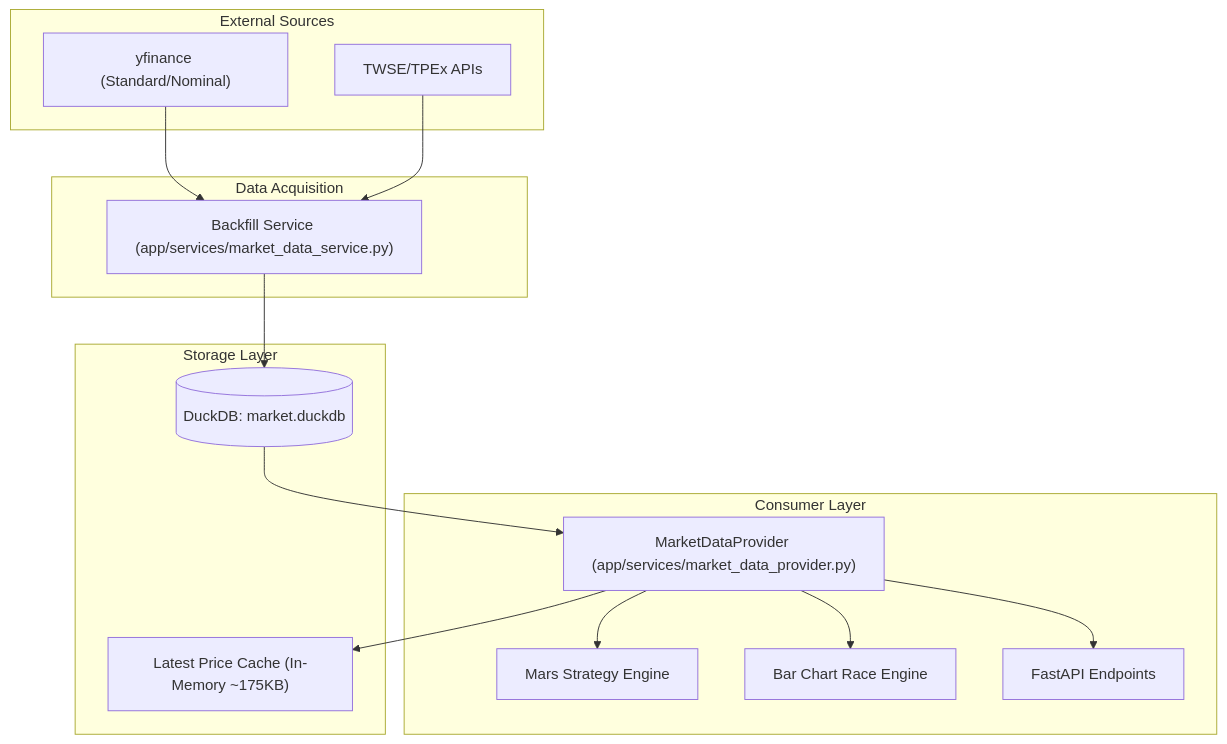
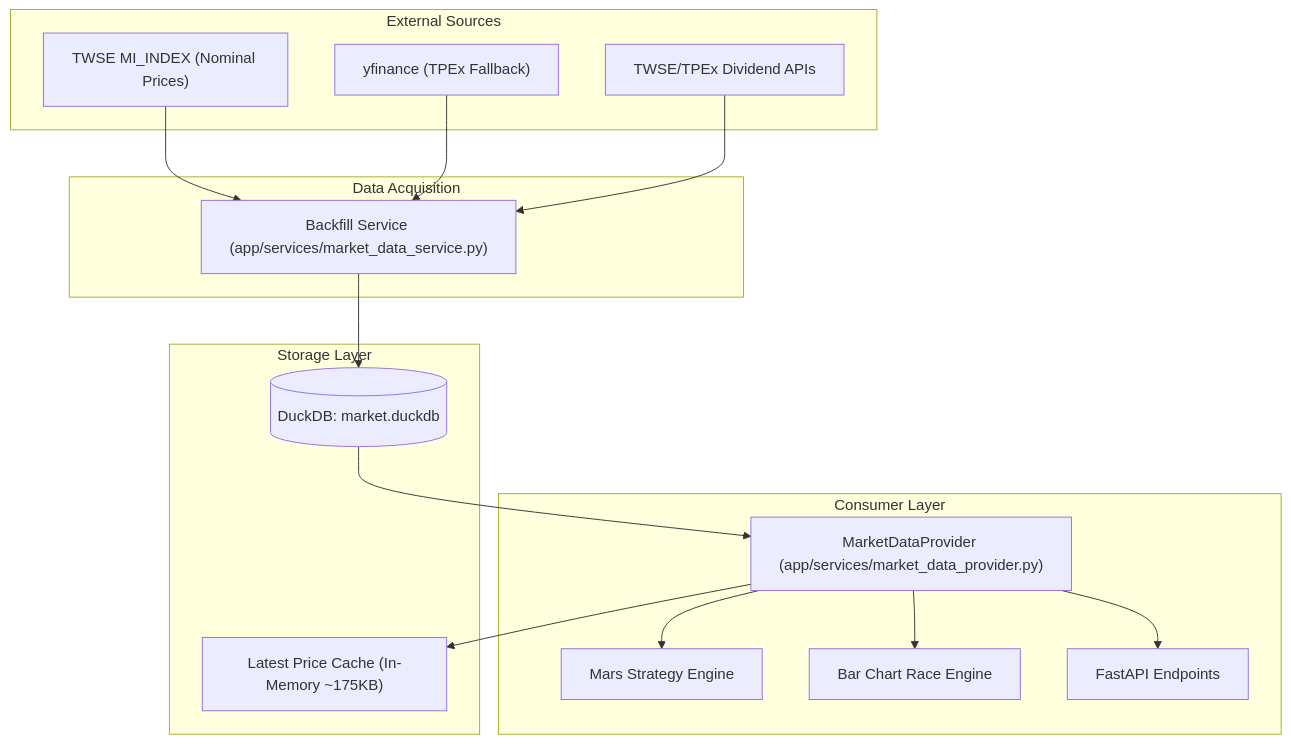
One commit to terranandes/marffet-app changed the diagram in docs/product/duckdb_architecture.md. Above: the diagram before and after it, drawn with Mermaid. The commit also changed other lines of this file and 4 other files, not shown here.

Commit message:
docs(architecture): update pipeline, crawler, and admin docs to reflect Phase 18 DuckDB and MI_INDEX architecture

````diff
--- a/docs/product/duckdb_architecture.md
+++ b/docs/product/duckdb_architecture.md
@@ -14,32 +14,34 @@
 ```mermaid
 graph TD
     subgraph "External Sources"
-        YF["yfinance (Standard/Nominal)"]
-        TWSE["TWSE/TPEx APIs"]
+        TWSE_MI["TWSE MI_INDEX (Nominal Prices)"]
+        YF["yfinance (TPEx Fallback)"]
+        TWSE["TWSE/TPEx Dividend APIs"]
     end
 
     subgraph "Data Acquisition"
         Backfill["Backfill Service (app/services/market_data_service.py)"]
     end
 
     subgraph "Storage Layer"
         DuckDB[("DuckDB: market.duckdb")]
         MemoryCache["Latest Price Cache (In-Memory ~175KB)"]
     end
 
     subgraph "Consumer Layer"
         Provider["MarketDataProvider (app/services/market_data_provider.py)"]
         Mars["Mars Strategy Engine"]
         Race["Bar Chart Race Engine"]
         API["FastAPI Endpoints"]
     end
 
+    TWSE_MI --> Backfill
     YF --> Backfill
     TWSE --> Backfill
     Backfill --> DuckDB
     DuckDB --> Provider
     Provider --> MemoryCache
     Provider --> Mars
     Provider --> Race
     Provider --> API
 ```
````
